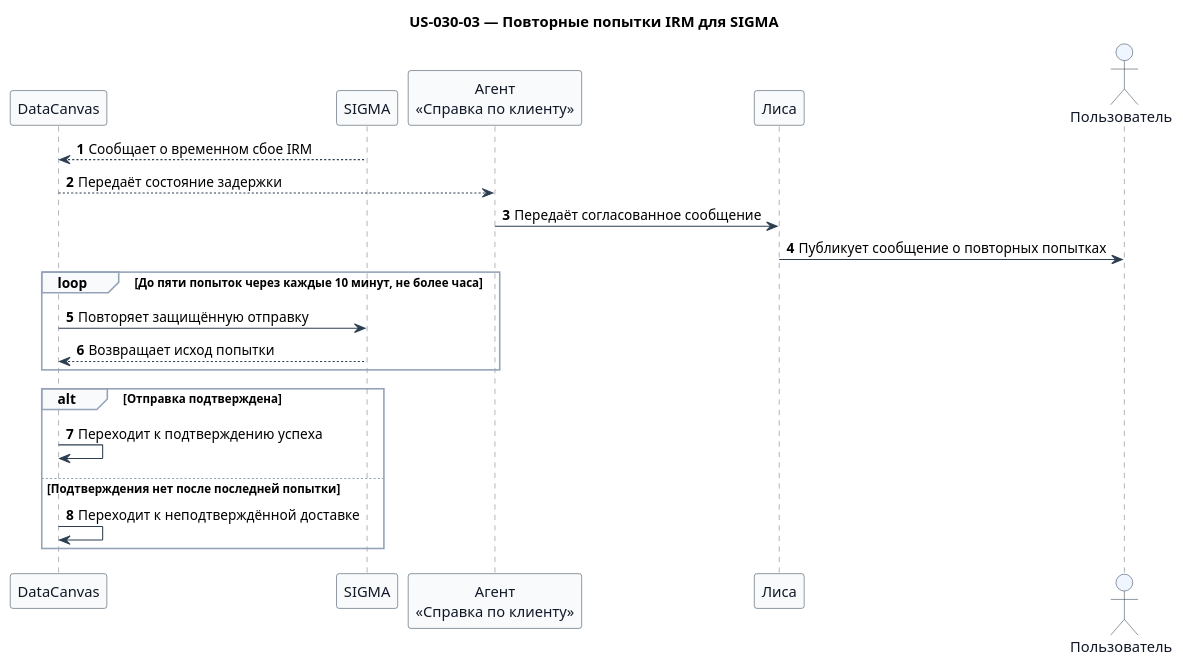
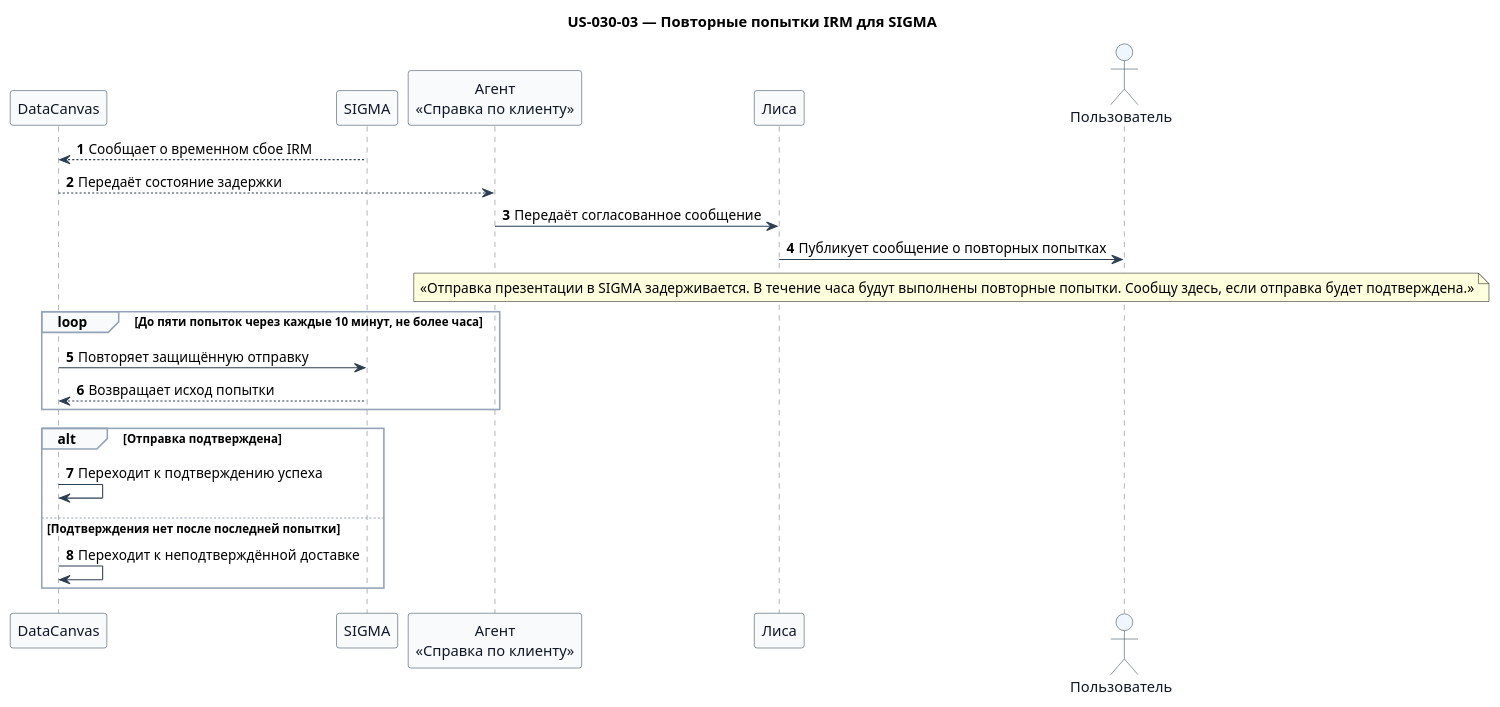
Before and after one commit to RussianLioN/datacanvas: the diagram in docs/product/requirements/sequence-diagrams/us-030-03.puml, drawn with PlantUML. The commit also changed 38 other files, not shown here.

```diff
--- a/docs/product/requirements/sequence-diagrams/us-030-03.puml
+++ b/docs/product/requirements/sequence-diagrams/us-030-03.puml
@@ -1,39 +1,40 @@
 @startuml
 !pragma teoz true
 skinparam shadowing false
 skinparam defaultFontName Arial
 skinparam sequence {
   ArrowColor #2C3E50
   LifeLineBorderColor #6B7280
   ParticipantBorderColor #2C3E50
   ParticipantBackgroundColor #F8FAFC
   ParticipantFontColor #111827
   ActorBorderColor #2C3E50
   ActorBackgroundColor #EFF6FF
   ActorFontColor #111827
   GroupBorderColor #94A3B8
   GroupBackgroundColor #F8FAFC
 }
 title US-030-03 — Повторные попытки IRM для SIGMA
 
 participant "DataCanvas" as datacanvas
 participant "SIGMA" as sigma
 participant "Агент\n«Справка по клиенту»" as client
 participant "Лиса" as lisa
 actor "Пользователь" as user
 
 autonumber
 sigma --> datacanvas: Сообщает о временном сбое IRM
 datacanvas --> client: Передаёт состояние задержки
 client -> lisa: Передаёт согласованное сообщение
 lisa -> user: Публикует сообщение о повторных попытках
+note over lisa,user: «Отправка презентации в SIGMA задерживается. В течение часа будут выполнены повторные попытки. Сообщу здесь, если отправка будет подтверждена.»
 loop До пяти попыток через каждые 10 минут, не более часа
   datacanvas -> sigma: Повторяет защищённую отправку
   sigma --> datacanvas: Возвращает исход попытки
 end
 alt Отправка подтверждена
   datacanvas -> datacanvas: Переходит к подтверждению успеха
 else Подтверждения нет после последней попытки
   datacanvas -> datacanvas: Переходит к неподтверждённой доставке
 end
 @enduml
```
